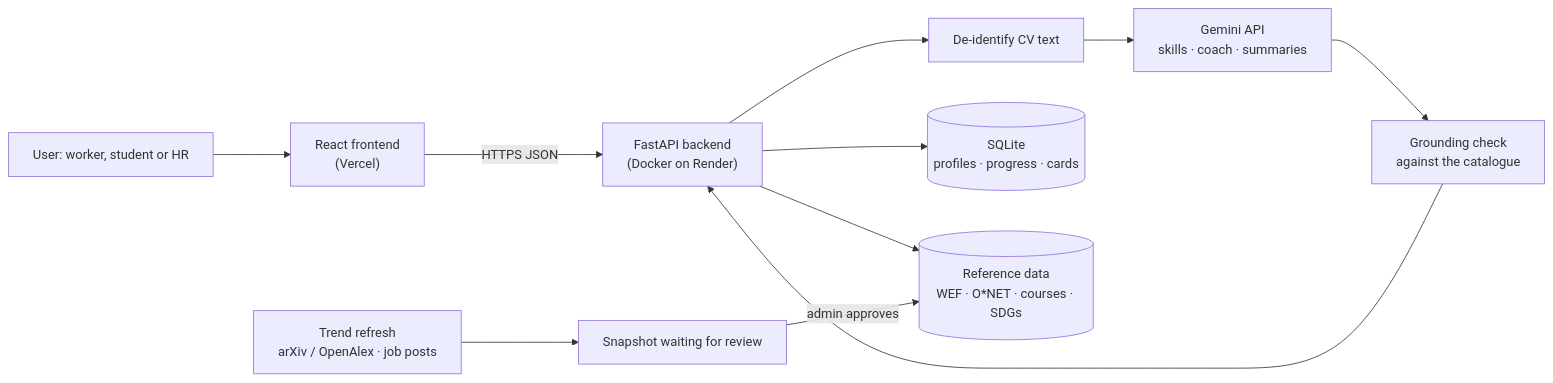
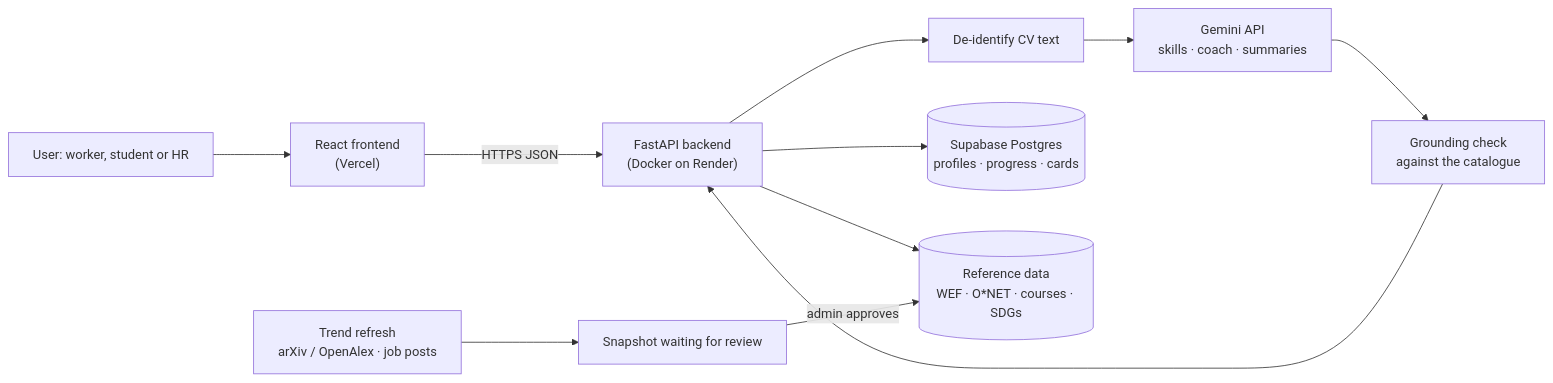
Before and after one commit to tanhongsheng050204-code/SDC-HACKATHON-2026---MADE-IN-UTM: the diagram in docs/submission/SDC2026_MadeInUTM_Preliminary.md, drawn with Mermaid. The commit also changed other lines of this file and 10 other files, not shown here.

````diff
--- a/docs/submission/SDC2026_MadeInUTM_Preliminary.md
+++ b/docs/submission/SDC2026_MadeInUTM_Preliminary.md
@@ -60,11 +60,11 @@
 ```mermaid
 flowchart LR
     U["User: worker, student or HR"] --> FE["React frontend<br/>(Vercel)"]
     FE -->|HTTPS JSON| API["FastAPI backend<br/>(Docker on Render)"]
     API --> DEID["De-identify CV text"] --> LLM["Gemini API<br/>skills · coach · summaries"]
-    API --> DB[("SQLite<br/>profiles · progress · cards")]
+    API --> DB[("Supabase Postgres<br/>profiles · progress · cards")]
     API --> REF[("Reference data<br/>WEF · O*NET · courses · SDGs")]
     PIPE["Trend refresh<br/>arXiv / OpenAlex · job posts"] --> PEND["Snapshot waiting for review"]
     PEND -->|admin approves| REF
     LLM --> GROUND["Grounding check<br/>against the catalogue"] --> API
 ```
````
